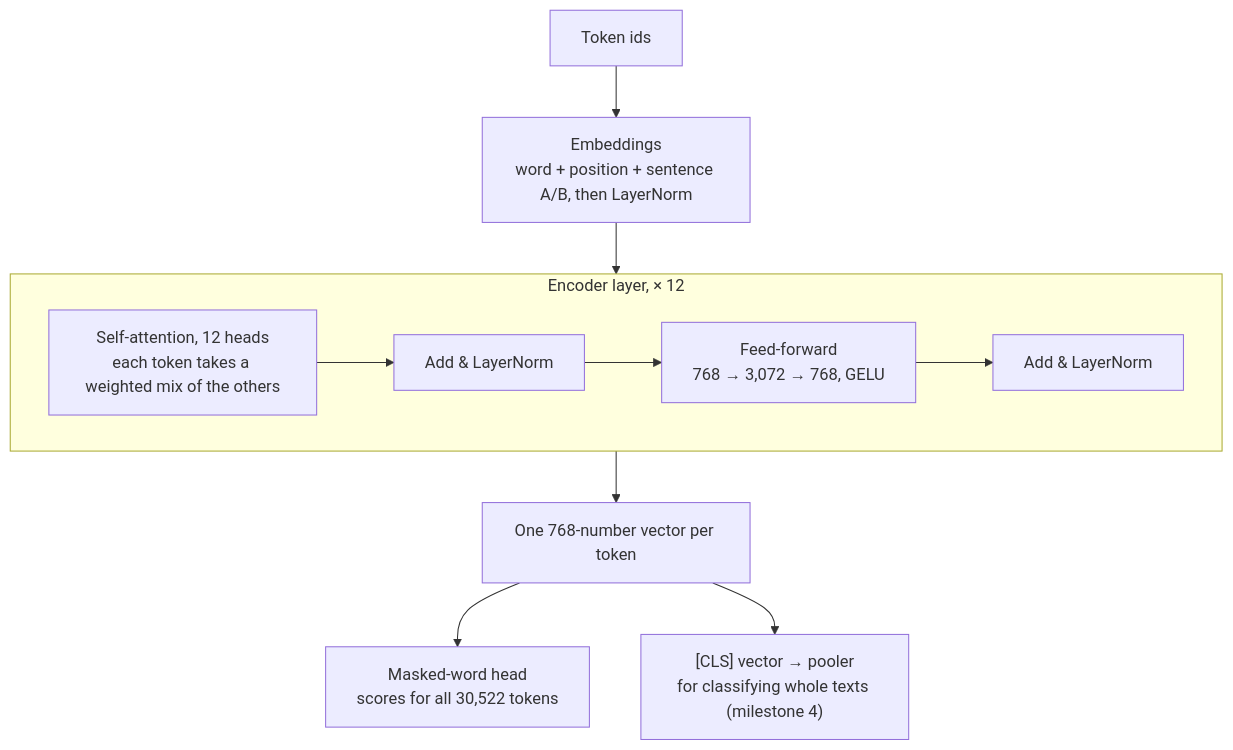
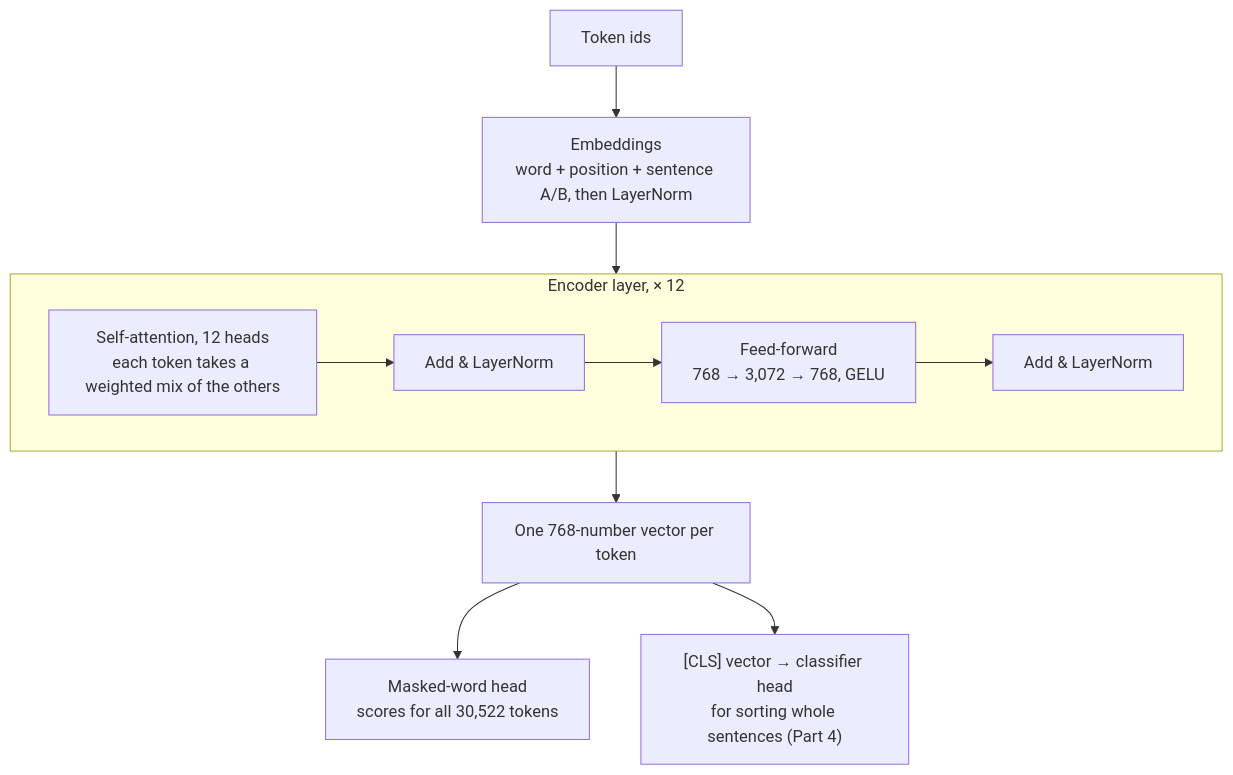
The second of 2 diagrams in README.md (omdkpatel810-ops/mini-bert), drawn with Mermaid before and after one commit. The commit also changed other lines of this file and 5 other files, not shown here.

````diff
--- a/README.md
+++ b/README.md
@@ -122,12 +122,12 @@
 ```mermaid
 flowchart TB
     ids["Token ids"] --> emb["Embeddings<br/>word + position + sentence A/B, then LayerNorm"]
     emb --> layer
     subgraph layer["Encoder layer, × 12"]
         att["Self-attention, 12 heads<br/>each token takes a weighted mix of the others"] --> an1["Add & LayerNorm"]
         an1 --> ff["Feed-forward<br/>768 → 3,072 → 768, GELU"] --> an2["Add & LayerNorm"]
     end
     layer --> hidden["One 768-number vector per token"]
     hidden --> head["Masked-word head<br/>scores for all 30,522 tokens"]
-    hidden --> pool["[CLS] vector → pooler<br/>for classifying whole texts (milestone 4)"]
+    hidden --> cls["[CLS] vector → classifier head<br/>for sorting whole sentences (Part 4)"]
 ```
````
